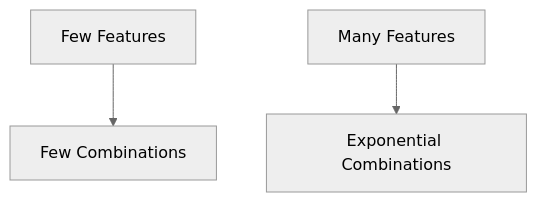
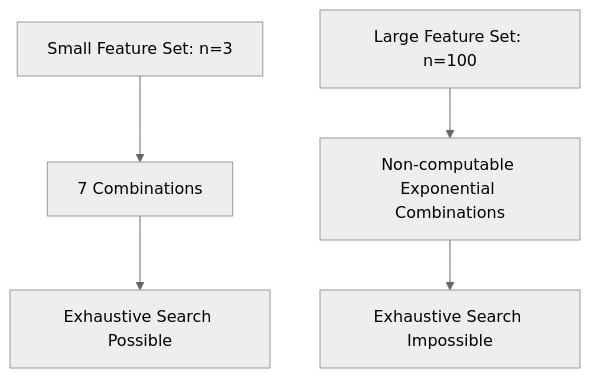
One commit to Balasubramanian-pg/MSC.-Data-Science-AI changed the third of 7 diagrams in Trimester 1/Data Preprocessing/W06 - Data Reduction/L1/6.4. Attribute Subset Selection.md. Above: the diagram before and after it, drawn with Mermaid (neutral theme). The commit also changed other lines of this file, not shown here.

````diff
--- a/Trimester 1/Data Preprocessing/W06 - Data Reduction/L1/6.4. Attribute Subset Selection.md
+++ b/Trimester 1/Data Preprocessing/W06 - Data Reduction/L1/6.4. Attribute Subset Selection.md
@@ -272,8 +198,9 @@
 ```mermaid
 flowchart TD
-    A[Few Features]
-    --> B[Few Combinations]
-
-    C[Many Features]
-    --> D[Exponential Combinations]
+    A[Small Feature Set: n=3]
+    --> B[7 Combinations]
+    C[Large Feature Set: n=100]
+    --> D[Non-computable Exponential Combinations]
+    B --> E[Exhaustive Search Possible]
+    D --> F[Exhaustive Search Impossible]
 ```
````
